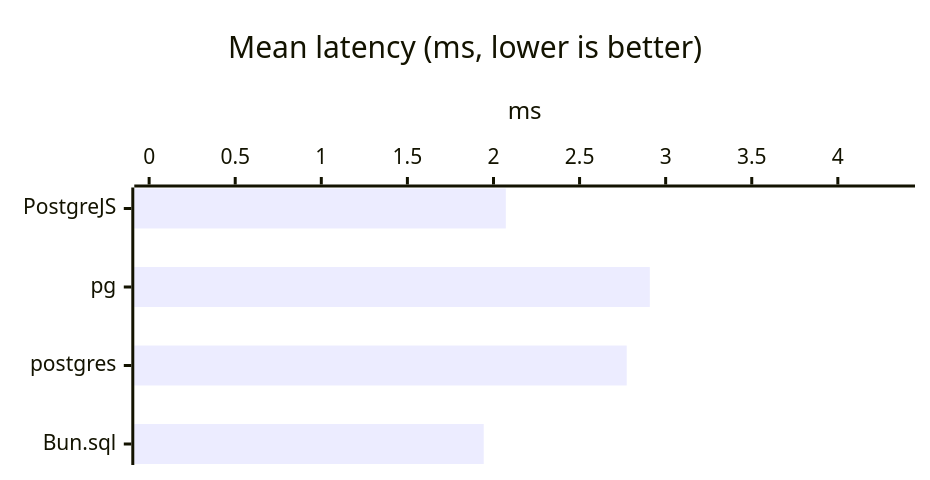
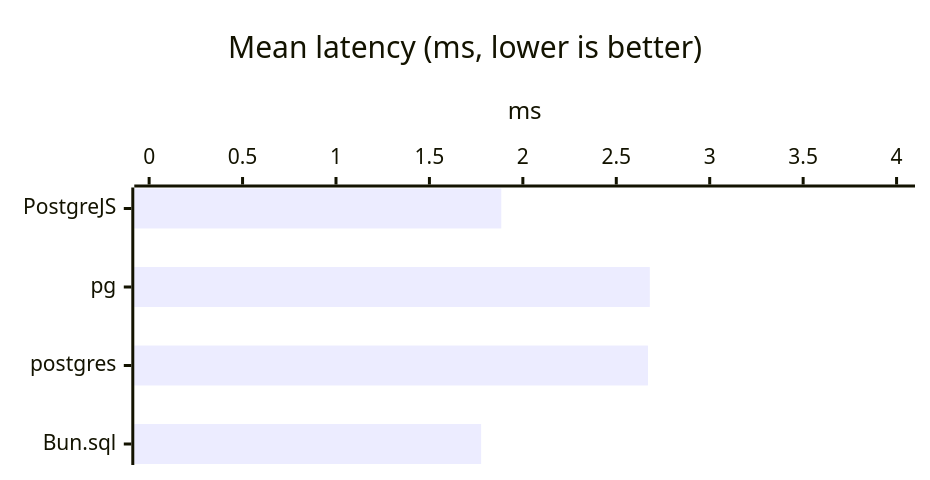
The tenth of 56 diagrams in docs/getting-started/benchmarks-bun.md (panates/postgrejs-doc), drawn with Mermaid before and after one commit. The commit also changed other lines of this file and 13 other files, not shown here.

````diff
--- a/docs/getting-started/benchmarks-bun.md
+++ b/docs/getting-started/benchmarks-bun.md
@@ -293,8 +300,8 @@
 ```mermaid
 %%{init: {'xyChart': {'width': 600, 'height': 300, 'chartOrientation': 'horizontal'}}}%%
 xychart-beta
     title "Mean latency (ms, lower is better)"
     x-axis ["PostgreJS", "pg", "postgres", "Bun.sql"]
-    y-axis "ms" 0.0000 --> 4.3620
-    bar [2.0716, 2.9080, 2.7739, 1.9434]
+    y-axis "ms" 0.0000 --> 4.0192
+    bar [1.8845, 2.6795, 2.6695, 1.7767]
 ```
````
